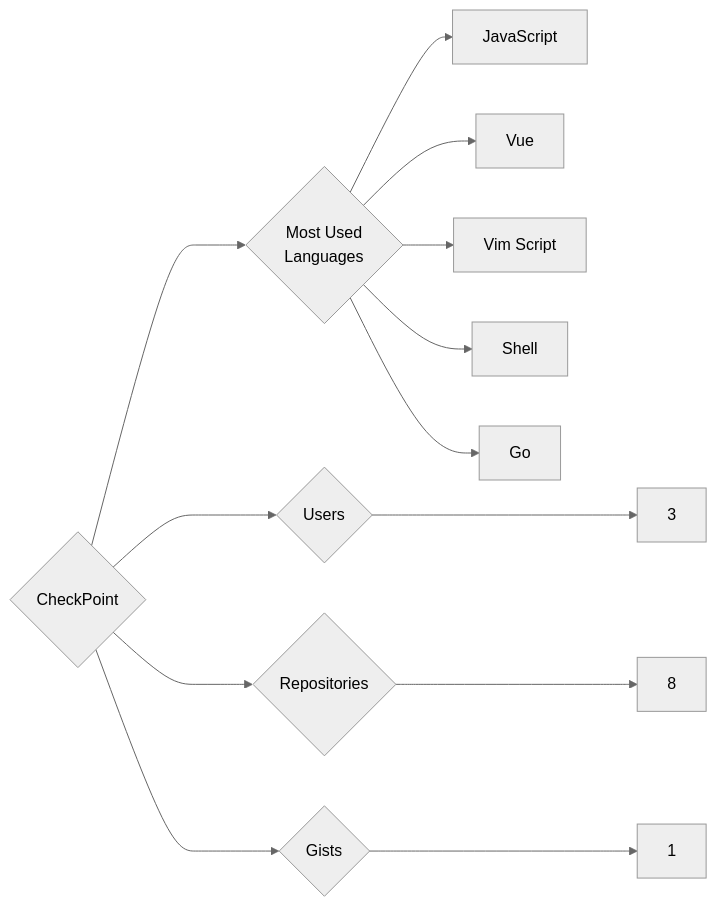
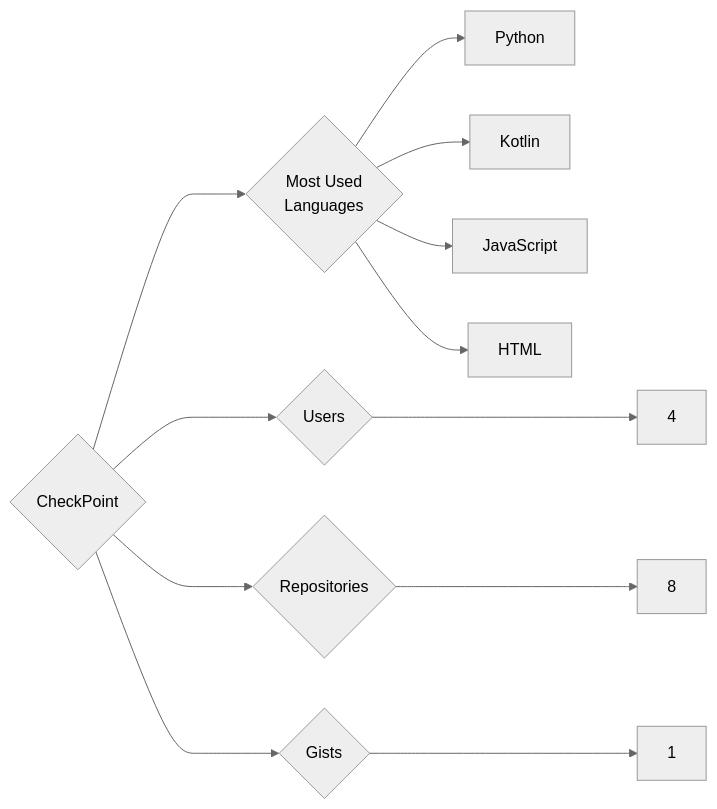
The diagram in targets/CheckPoint/README.md (trickest/insiders), drawn with Mermaid (neutral theme) before and after one commit. The commit also changed 1078 other files, not shown here.

````diff
--- a/targets/CheckPoint/README.md
+++ b/targets/CheckPoint/README.md
@@ -3,13 +3,12 @@
 ```mermaid
 graph LR
 COMPANY_NAME{CheckPoint}
-COMPANY_NAME ---> U{Users} ---> UN[3]
+COMPANY_NAME ---> U{Users} ---> UN[4]
 COMPANY_NAME ---> R{Repositories} ---> RN[8]
 COMPANY_NAME ---> G{Gists} ---> GN[1]
 COMPANY_NAME ---> ML{Most Used<br>Languages}
+ML --> Python[Python]
+ML --> Kotlin[Kotlin]
 ML --> JavaScript[JavaScript]
-ML --> Vue[Vue]
-ML --> Vim_Script[Vim Script]
-ML --> Shell[Shell]
-ML --> Go[Go]
+ML --> HTML[HTML]
 ```
````
